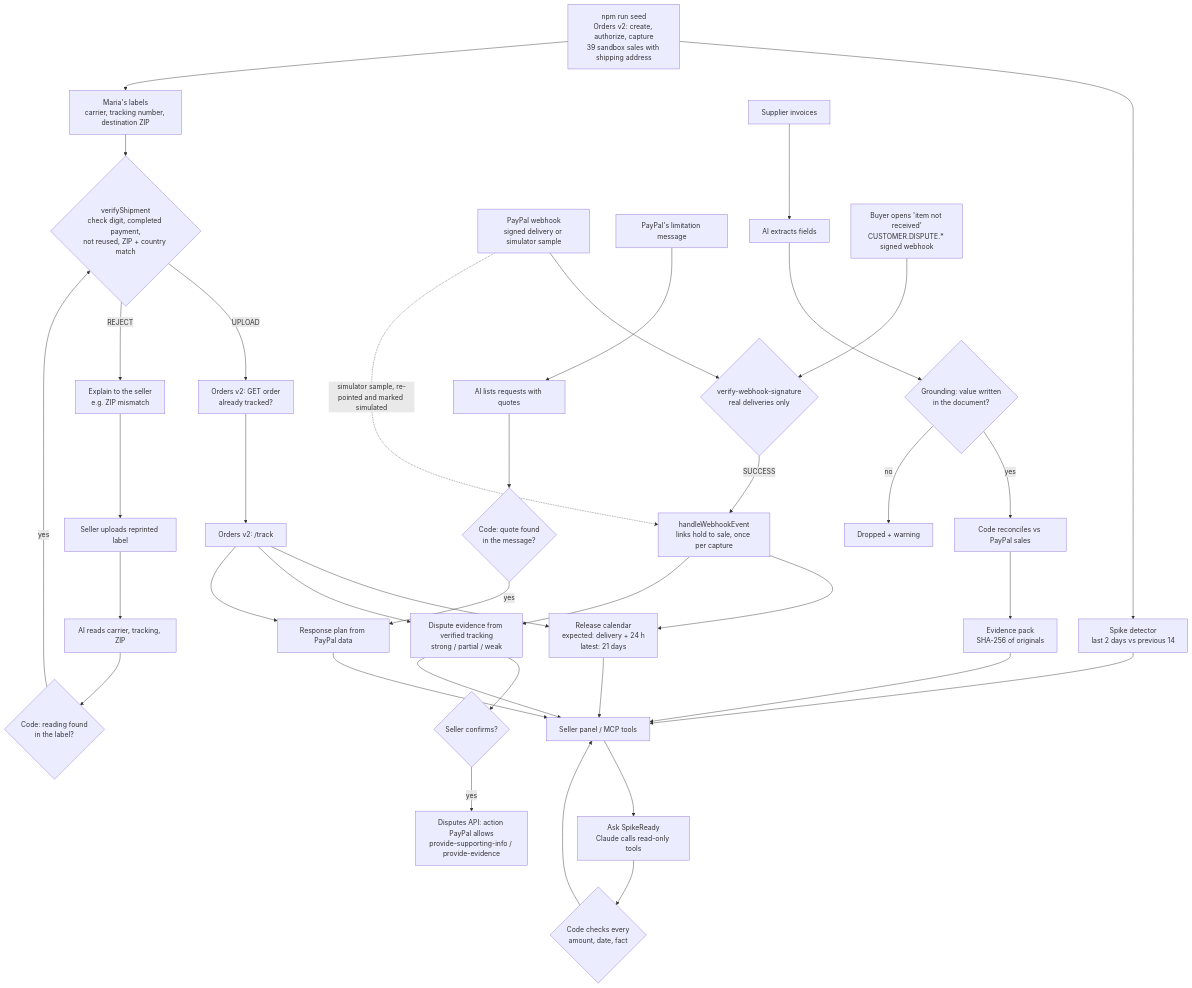
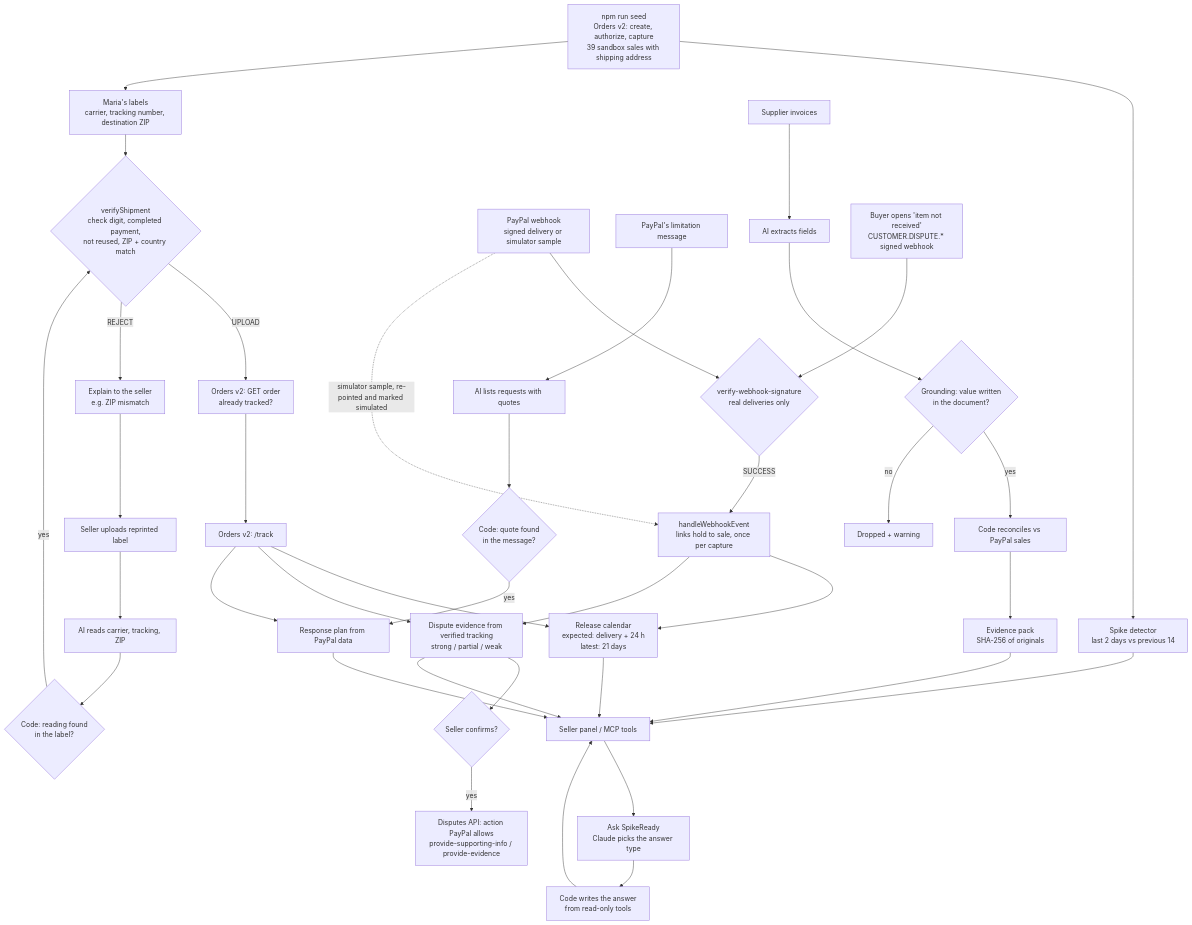
The diagram in docs/architecture.md (rosvjames/spikeready), drawn with Mermaid before and after one commit. The commit also changed other lines of this file and 23 other files, not shown here.

````diff
--- a/docs/architecture.md
+++ b/docs/architecture.md
@@ -34,33 +34,33 @@
 ```mermaid
 flowchart TD
   A[npm run seed<br/>Orders v2: create, authorize, capture<br/>39 sandbox sales with shipping address] --> B[Spike detector<br/>last 2 days vs previous 14]
   A --> C[Maria's labels<br/>carrier, tracking number, destination ZIP]
   C --> D{verifyShipment<br/>check digit, completed payment,<br/>not reused, ZIP + country match}
   D -- UPLOAD --> E[Orders v2: GET order<br/>already tracked?] --> F[Orders v2: /track]
   D -- REJECT --> G[Explain to the seller<br/>e.g. ZIP mismatch]
   G --> LB[Seller uploads reprinted label] --> LR[AI reads carrier, tracking, ZIP] --> LC{Code: reading found<br/>in the label?}
   LC -- yes --> D
   H[PayPal webhook<br/>signed delivery or simulator sample] --> V{verify-webhook-signature<br/>real deliveries only}
   V -- SUCCESS --> J[handleWebhookEvent<br/>links hold to sale, once per capture]
   H -. simulator sample, re-pointed and marked simulated .-> J
   J --> K[Release calendar<br/>expected: delivery + 24 h<br/>latest: 21 days]
   F --> K
   N[PayPal's limitation message] --> O[AI lists requests with quotes] --> P{Code: quote found<br/>in the message?}
   P -- yes --> Q[Response plan from PayPal data]
   R[Supplier invoices] --> S[AI extracts fields] --> T{Grounding: value written<br/>in the document?}
   T -- yes --> U[Code reconciles vs PayPal sales] --> W[Evidence pack<br/>SHA-256 of originals]
   T -- no --> X[Dropped + warning]
   DS[Buyer opens 'item not received'<br/>CUSTOMER.DISPUTE.* signed webhook] --> V
   J --> DE[Dispute evidence from verified tracking<br/>strong / partial / weak]
   F --> DE
   DE --> DC{Seller confirms?}
   DC -- yes --> DP[Disputes API: action PayPal allows<br/>provide-supporting-info / provide-evidence]
   B --> L[Seller panel / MCP tools]
   K --> L
   Q --> L
   W --> L
   F --> Q
   DE --> L
-  L --> AS[Ask SpikeReady<br/>Claude calls read-only tools] --> AC{Code checks every<br/>amount, date, fact}
+  L --> AS[Ask SpikeReady<br/>Claude picks the answer type] --> AC[Code writes the answer<br/>from read-only tools]
   AC --> L
 ```
````
